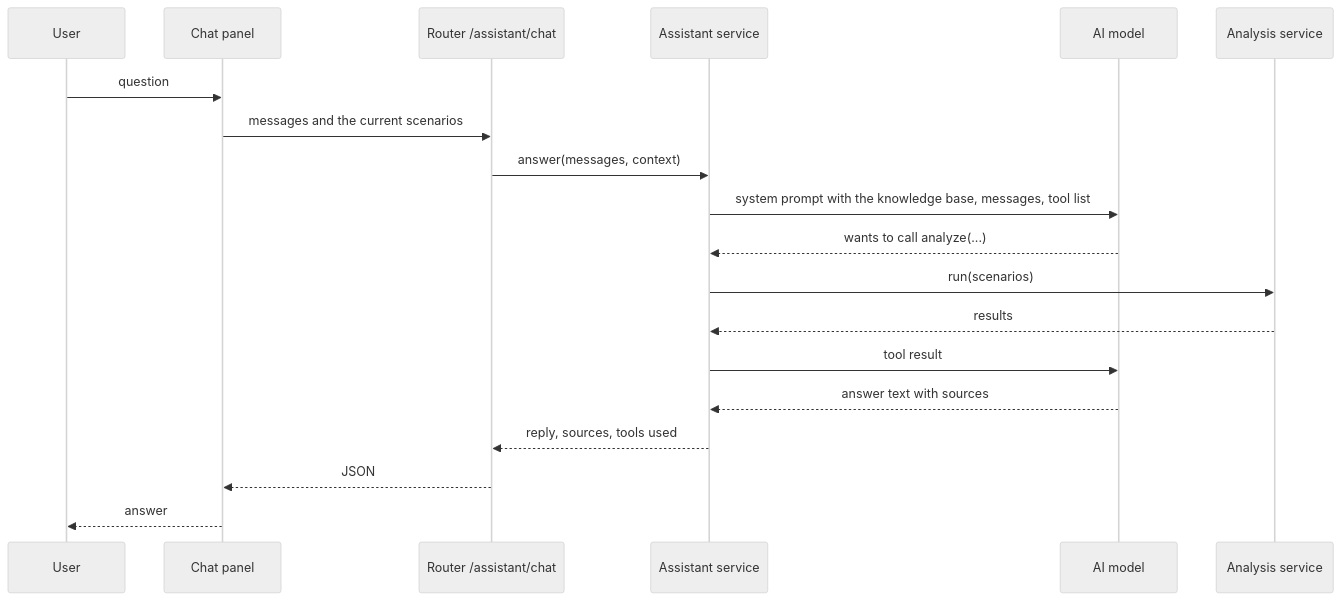
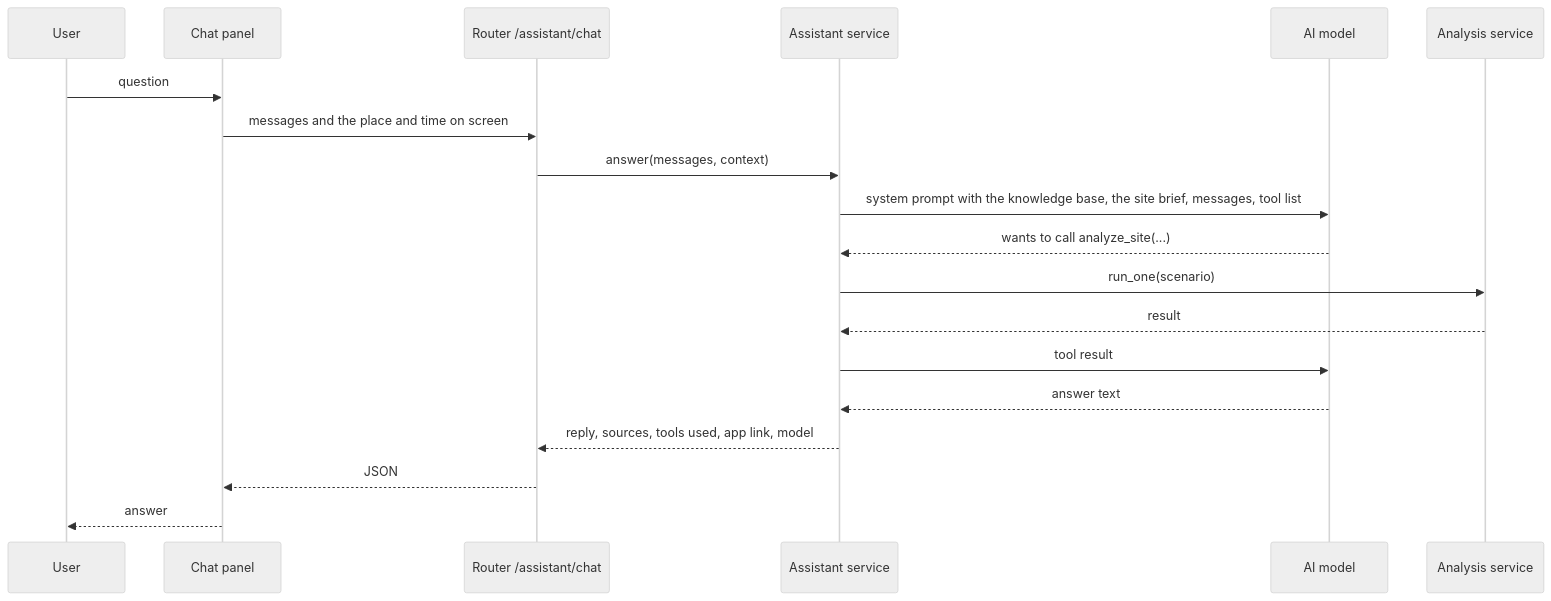
The second of 2 diagrams in docs/architecture/request-lifecycle.md (itani-jr-404/moonmaps), drawn with Mermaid (neutral theme) before and after one commit. The commit also changed other lines of this file and 33 other files, not shown here.

````diff
--- a/docs/architecture/request-lifecycle.md
+++ b/docs/architecture/request-lifecycle.md
@@ -57,22 +61,22 @@
 ```mermaid
 sequenceDiagram
   participant U as User
   participant P as Chat panel
   participant R as Router /assistant/chat
   participant A as Assistant service
   participant L as AI model
   participant M as Analysis service
 
   U->>P: question
-  P->>R: messages and the current scenarios
+  P->>R: messages and the place and time on screen
   R->>A: answer(messages, context)
-  A->>L: system prompt with the knowledge base, messages, tool list
-  L-->>A: wants to call analyze(...)
-  A->>M: run(scenarios)
-  M-->>A: results
+  A->>L: system prompt with the knowledge base, the site brief, messages, tool list
+  L-->>A: wants to call analyze_site(...)
+  A->>M: run_one(scenario)
+  M-->>A: result
   A->>L: tool result
-  L-->>A: answer text with sources
-  A-->>R: reply, sources, tools used
+  L-->>A: answer text
+  A-->>R: reply, sources, tools used, app link, model
   R-->>P: JSON
   P-->>U: answer
 ```
````
